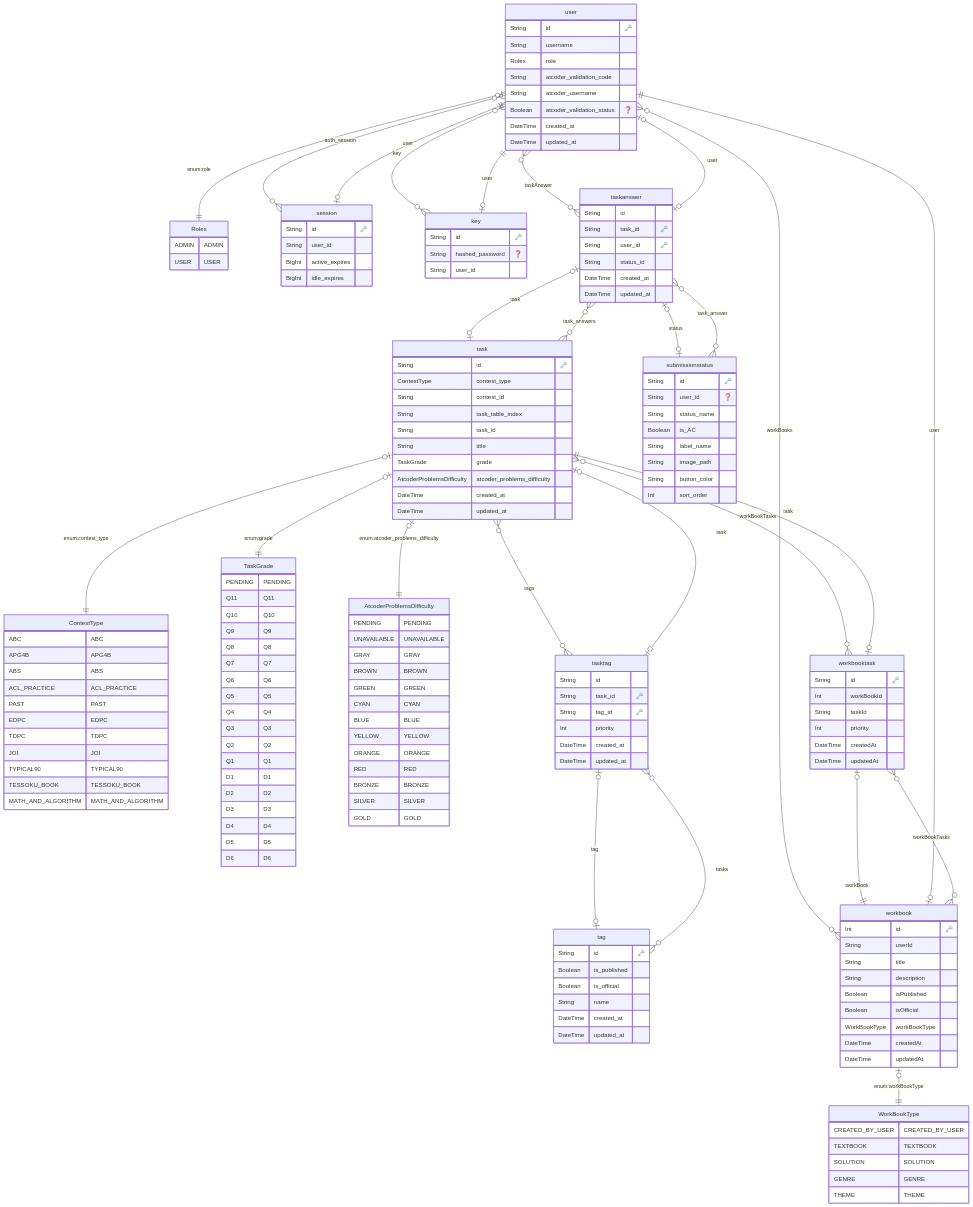
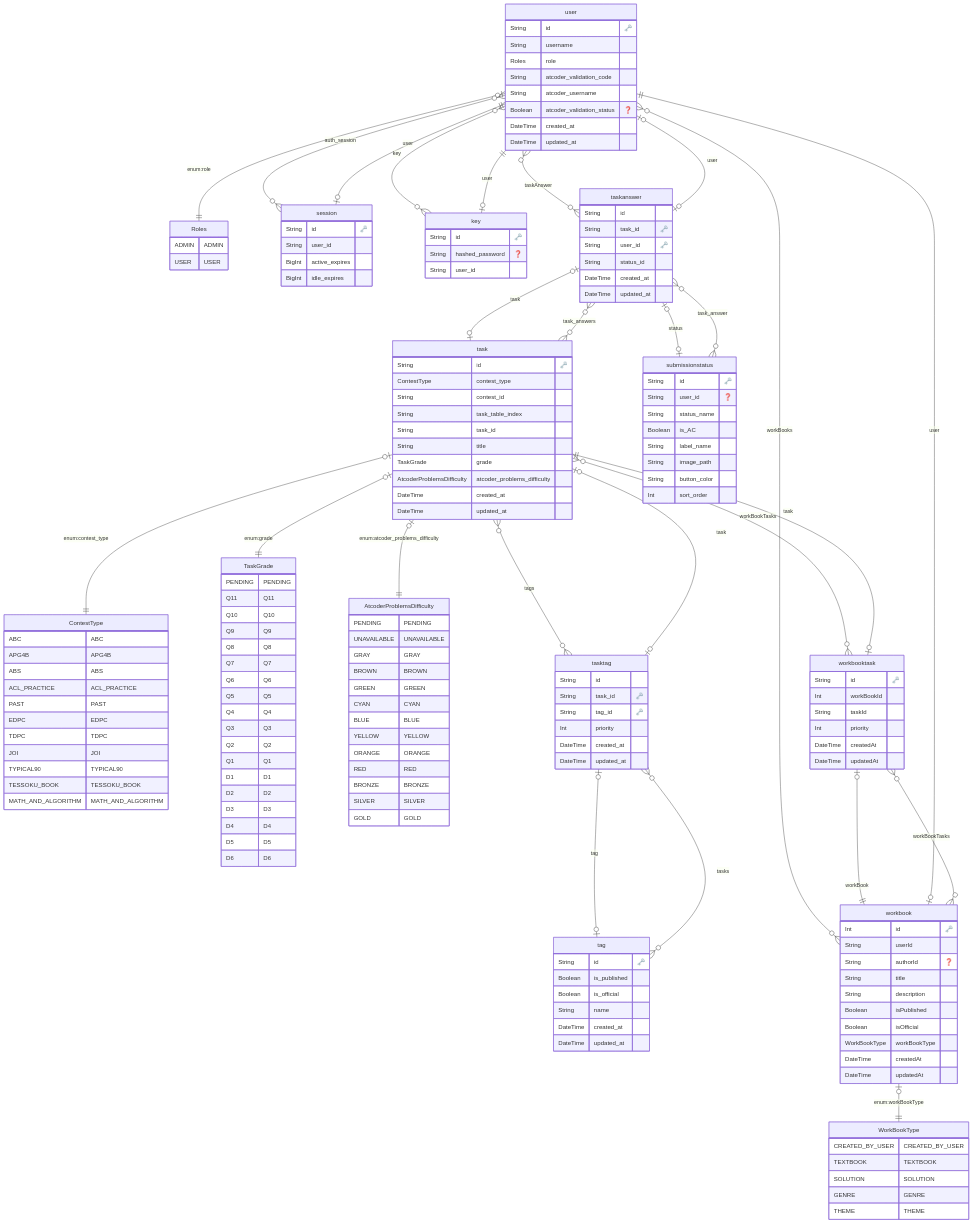
The diagram in prisma/ERD.md (AtCoder-NoviSteps/AtCoderNoviSteps), drawn with Mermaid before and after one commit. The commit also changed 2 other files, not shown here.

Commit message:
♻️ Add author id to workbook (#789)

```diff
--- a/prisma/ERD.md
+++ b/prisma/ERD.md
@@ -159,6 +159,7 @@
   "workbook" {
     Int id "🗝️"
     String userId 
+    String authorId "❓"
     String title 
     String description 
     Boolean isPublished 
```
